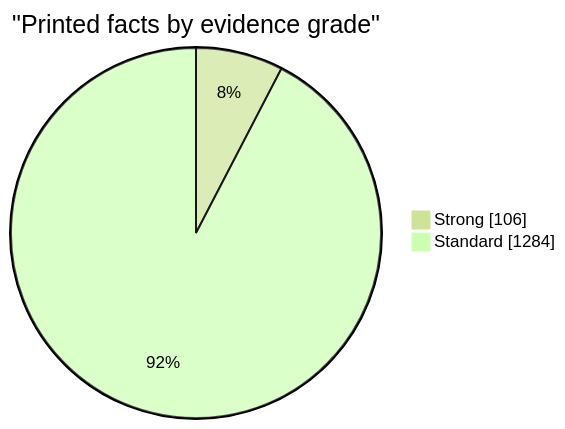
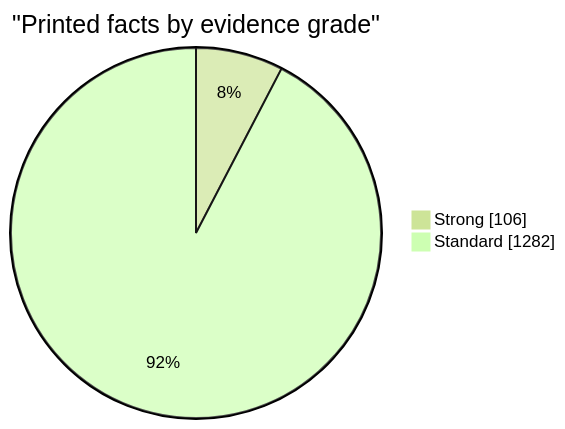
The first of 5 diagrams in docs/evidence.md (EU27-data-sovereignty/eu27-data-sovereignty), drawn with Mermaid (forest theme) before and after one commit. The commit also changed other lines of this file and 45 other files, not shown here.

````diff
--- a/docs/evidence.md
+++ b/docs/evidence.md
@@ -18,6 +18,6 @@
 ```mermaid
 pie showData
   title "Printed facts by evidence grade"
   "Strong" : 106
-  "Standard" : 1284
+  "Standard" : 1282
 ```
````
